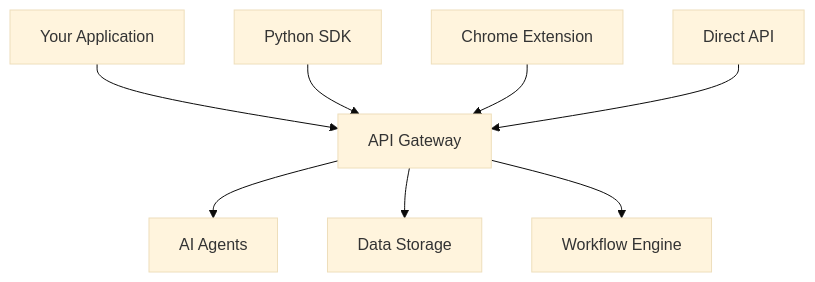
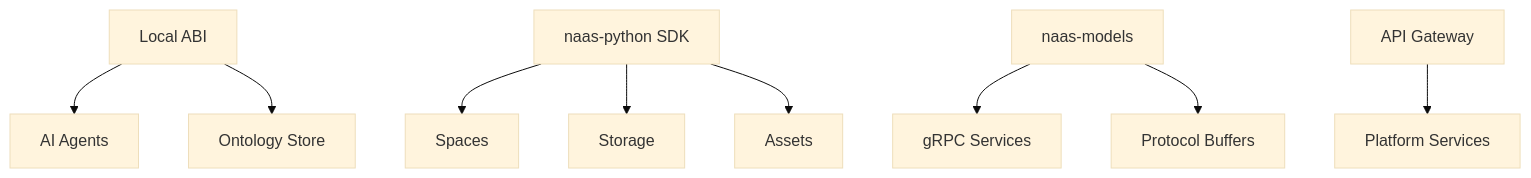
One commit to jupyter-naas/docs changed the diagram in site/docs/development/overview.md. Above: the diagram before and after it, drawn with Mermaid (base theme). The commit also changed other lines of this file and 6 other files, not shown here.

````diff
--- a/site/docs/development/overview.md
+++ b/site/docs/development/overview.md
@@ -23,11 +21,14 @@
 ```mermaid
 graph TB
-    A[Your Application] --> B[API Gateway]
-    B --> C[AI Agents]
-    B --> D[Data Storage]
-    B --> E[Workflow Engine]
+    A[Local ABI] --> B[AI Agents]
+    A --> C[Ontology Store]
     
-    F[Python SDK] --> B
-    G[Chrome Extension] --> B
-    H[Direct API] --> B
+    D[naas-python SDK] --> E[Spaces]
+    D --> F[Storage]
+    D --> G[Assets]
+    
+    H[naas-models] --> I[gRPC Services]
+    H --> J[Protocol Buffers]
+    
+    K[API Gateway] --> L[Platform Services]
 ```
````
